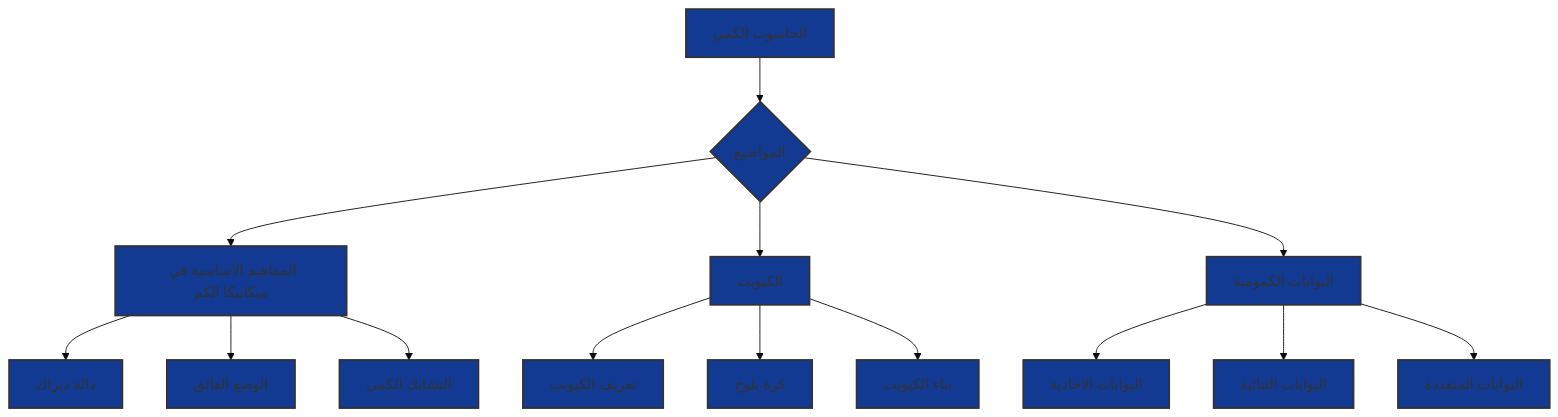
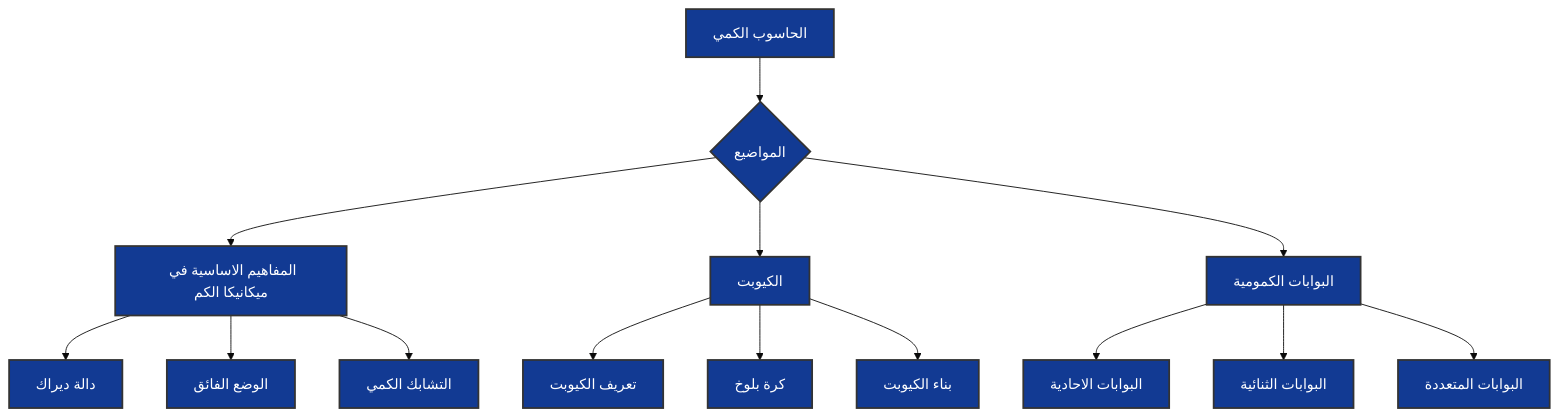
Before and after one commit to georgejaber/docfx_project: the diagram in Quantum_computer/intro.md, drawn with Mermaid (base theme). The commit also changed 3 other files, not shown here.

````diff
--- a/Quantum_computer/intro.md
+++ b/Quantum_computer/intro.md
@@ -9,34 +9,34 @@
 ```mermaid
 
 graph TD
 
     A[الحاسوب الكمي] -->
 
     C{المواضيع} 
 
     C --> V[المفاهيم الاساسية في ميكانيكا الكم] 
 
     V--> Z[دالة ديراك]
     V--> M[الوضع الفائق]
      V-->N[التشابك الكمي]
 
     C --> E[ الكيوبت]
 
        E--> H[ تعريف الكيوبت ]
        E--> L[ كرة بلوخ]
        E--> W[ بناء الكيوبت ]
 
     C --> F[ البوابات الكمومية]
 
       F --> I[ البوابات الاحادية]
       F-->  R[  البوابات الثنائية]
       F--> Q[ البوابات المتعددة] 
 
 
-classDef blue fill:#123a93 ,stroke:#333,stroke-width:2px 
+classDef blue fill:#123a93 ,stroke:#333,stroke-width:2px  ,color : #ffffff
 
 class M,Z,V,E,F,C,Q,R,I,W,L,H,N,A blue
 
 
 
 ```  
````
